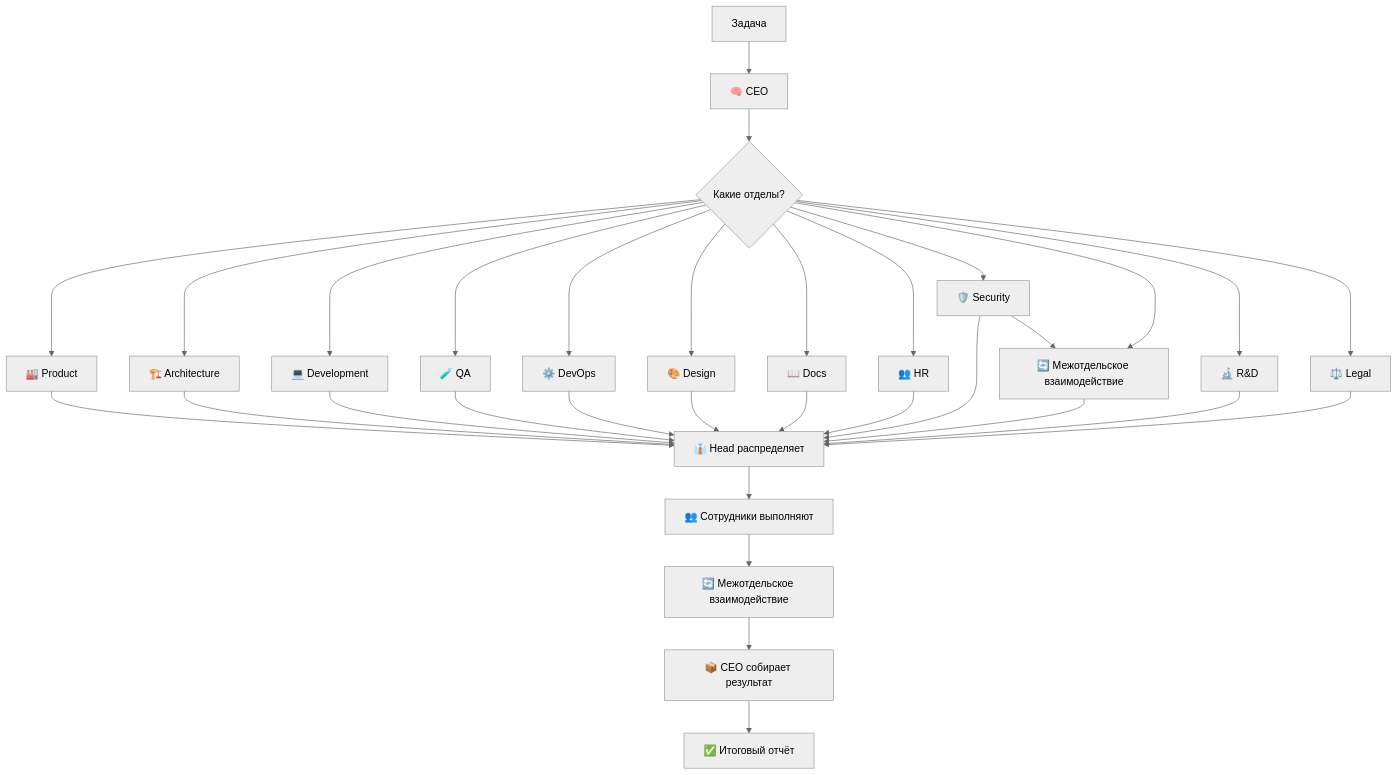
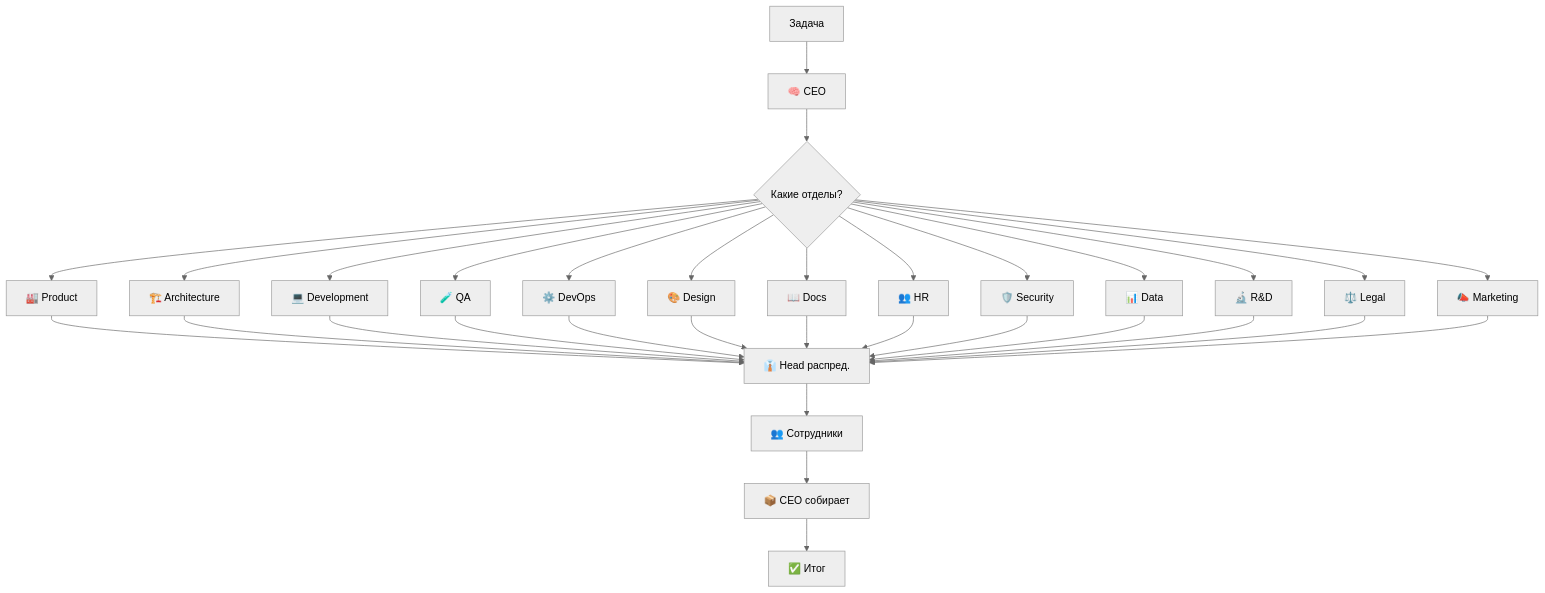
The diagram in README.md (dlydedica/ai_agents_team), drawn with Mermaid (neutral theme) before and after one commit. The commit also changed other lines of this file and 7 other files, not shown here.

````diff
--- a/README.md
+++ b/README.md
@@ -84,36 +85,36 @@
 ```mermaid
 graph TD
     A[Задача] --> B[🧠 CEO]
     B --> C{Какие отделы?}
     C --> D[🏭 Product]
     C --> E[🏗️ Architecture] 
     C --> F[💻 Development]
     C --> G[🧪 QA]
     C --> H[⚙️ DevOps]
     C --> I[🎨 Design]
     C --> J[📖 Docs]
     C --> K[👥 HR]
     C --> L[🛡️ Security]
     C --> M[📊 Data]
     C --> N[🔬 R&D]
     C --> O[⚖️ Legal]
+    C --> P[📣 Marketing]
     
-    D --> P[👔 Head распределяет]
-    E --> P
-    F --> P
-    G --> P
-    H --> P
-    I --> P
-    J --> P
-    K --> P
-    L --> P
-    M --> P
-    N --> P
-    O --> P
+    D --> Q[👔 Head распред.]
+    E --> Q
+    F --> Q
+    G --> Q
+    H --> Q
+    I --> Q
+    J --> Q
+    K --> Q
+    L --> Q
+    M --> Q
+    N --> Q
+    O --> Q
+    P --> Q
     
-    P --> Q[👥 Сотрудники выполняют]
-    L --> M[🔄 Межотдельское взаимодействие]
-    Q --> R[🔄 Межотдельское взаимодействие]
-    R --> S[📦 CEO собирает результат]
-    S --> T[✅ Итоговый отчёт]
+    Q --> R[👥 Сотрудники]
+    R --> S[📦 CEO собирает]
+    S --> T[✅ Итог]
 ```
````
